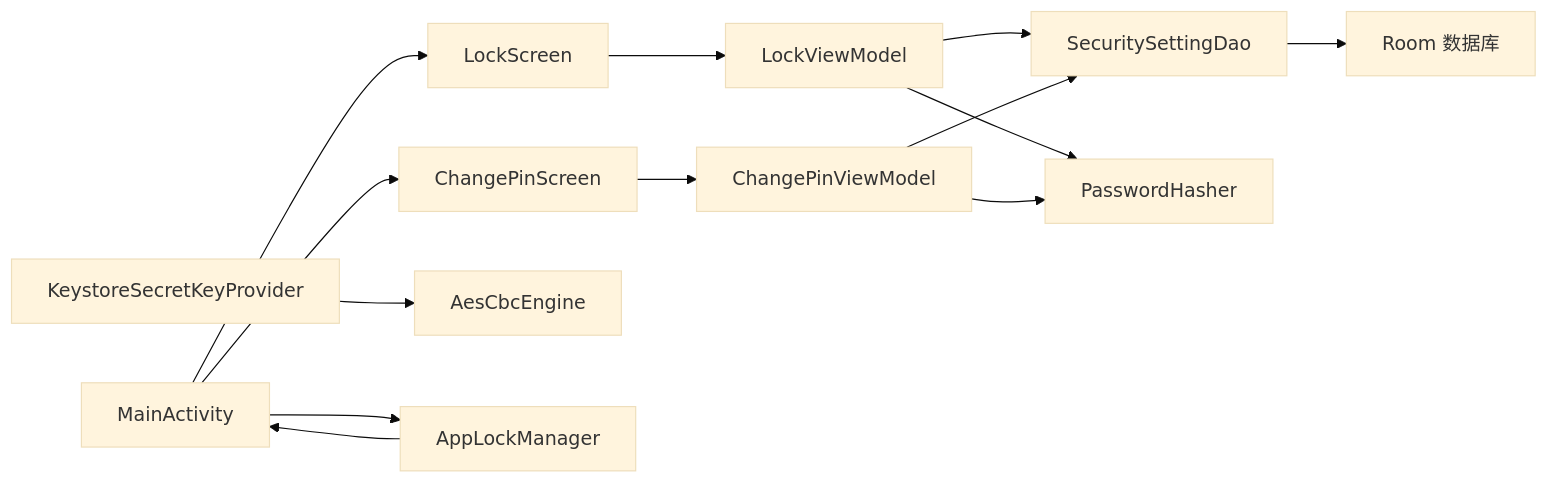
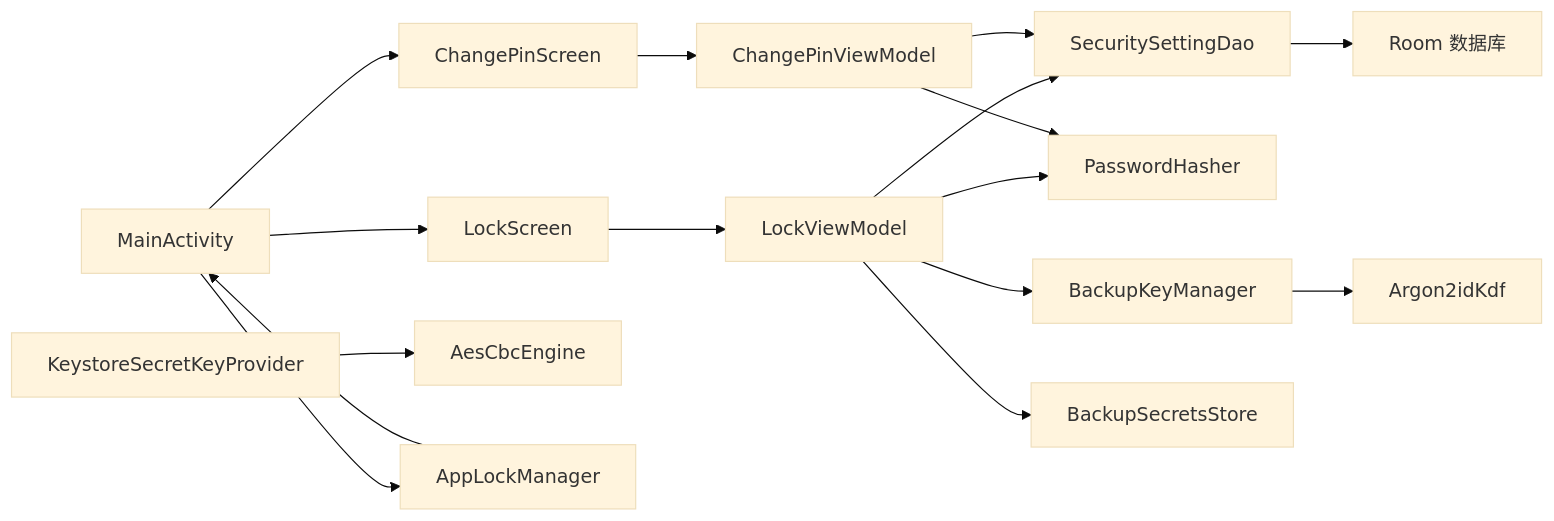
Before and after one commit to wanhongbo/ai-photo-vault: diagram 11 of 11 in .qoder/repowiki/zh/content/项目概述/核心功能特性/安全解锁系统.md, drawn with Mermaid (base theme). The commit also changed other lines of this file and 22 other files, not shown here.

````diff
--- a/.qoder/repowiki/zh/content/项目概述/核心功能特性/安全解锁系统.md
+++ b/.qoder/repowiki/zh/content/项目概述/核心功能特性/安全解锁系统.md
@@ -431,15 +536,18 @@
 ```mermaid
 graph LR
 LS["LockScreen"] --> LVM["LockViewModel"]
 CPS["ChangePinScreen"] --> CPVM["ChangePinViewModel"]
 LVM --> DAO["SecuritySettingDao"]
 CPVM --> DAO
 DAO --> DB["Room 数据库"]
 LVM --> PH["PasswordHasher"]
 CPVM --> PH
 KSP["KeystoreSecretKeyProvider"] --> AE["AesCbcEngine"]
 MS["MainActivity"] --> ALM["AppLockManager"]
 MS --> LS
 MS --> CPS
 ALM --> MS
+LVM --> BK["BackupKeyManager"]
+BK --> AR["Argon2idKdf"]
+LVM --> BS["BackupSecretsStore"]
 ```
````
